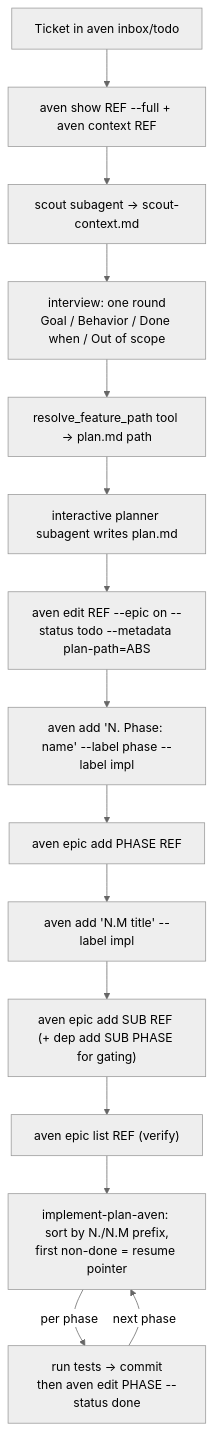
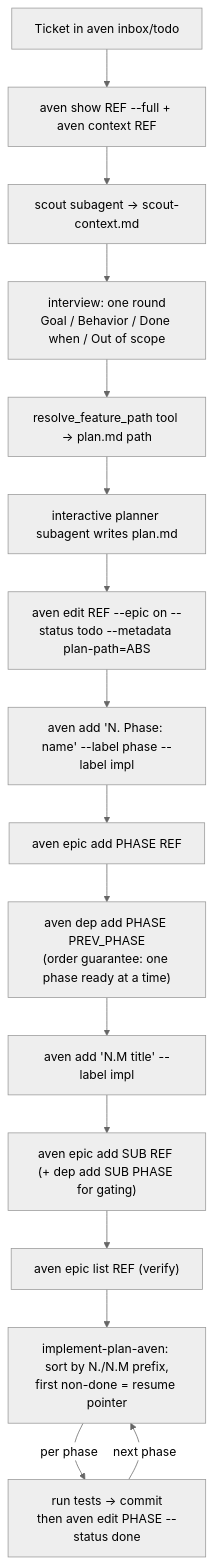
Before and after one commit to gtheys/pi-my-rifle-ext: the diagram in skills/engineering/feature-plan-aven/SKILL.md, drawn with Mermaid (neutral theme). The commit also changed other lines of this file and 1 other file, not shown here.

First line of the commit message:
feat(feature-plan-aven): hard-guarantee phase order via dep chain

````diff
--- a/skills/engineering/feature-plan-aven/SKILL.md
+++ b/skills/engineering/feature-plan-aven/SKILL.md
@@ -22,17 +22,18 @@
 ```mermaid
 flowchart TD
   A[Ticket in aven inbox/todo] --> B["aven show REF --full + aven context REF"]
   B --> C[scout subagent -> scout-context.md]
   C --> D[interview: one round<br/>Goal / Behavior / Done when / Out of scope]
   D --> E["resolve_feature_path tool -> plan.md path"]
   E --> F[interactive planner subagent writes plan.md]
   F --> G["aven edit REF --epic on --status todo --metadata plan-path=ABS"]
   G --> H["aven add 'N. Phase: name' --label phase --label impl"]
   H --> H2["aven epic add PHASE REF"]
-  H2 --> I["aven add 'N.M title' --label impl"]
+  H2 --> H2b["aven dep add PHASE PREV_PHASE<br/>(order guarantee: one phase ready at a time)"]
+  H2b --> I["aven add 'N.M title' --label impl"]
   I --> I2["aven epic add SUB REF (+ dep add SUB PHASE for gating)"]
   I2 --> J["aven epic list REF  (verify)"]
   J --> K["implement-plan-aven: sort by N./N.M prefix,<br/>first non-done = resume pointer"]
   K -->|per phase| L["run tests -> commit<br/>then aven edit PHASE --status done"]
   L -->|next phase| K
 ```
````
